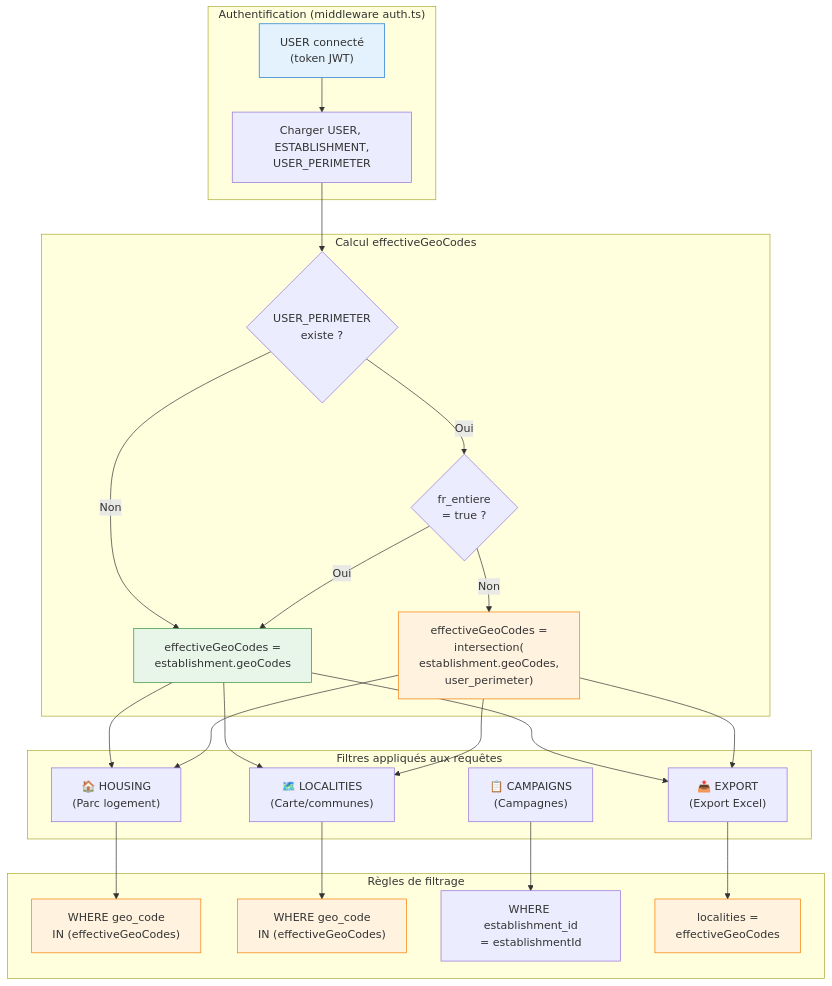
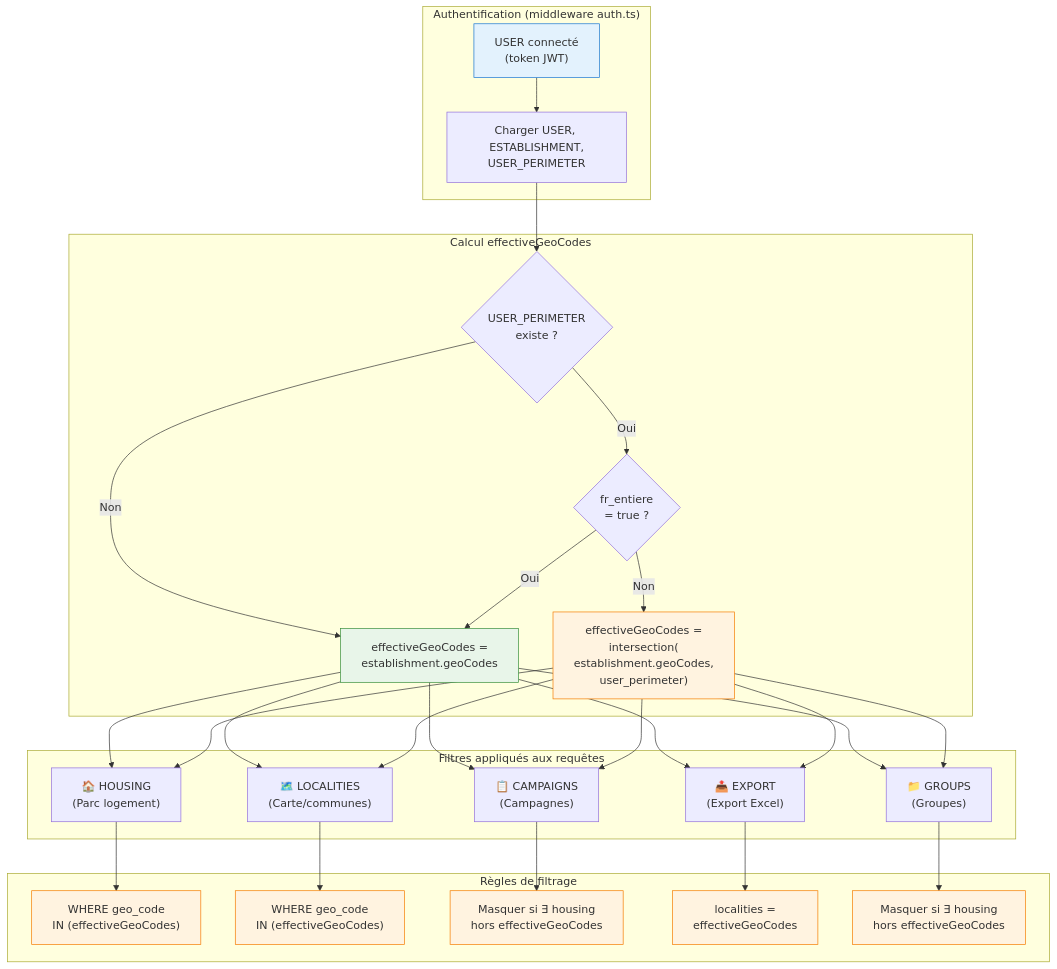
Before and after one commit to MTES-MCT/zero-logement-vacant: the fourth of 4 diagrams in docs/portail-df-decision-tree.md, drawn with Mermaid. The commit also changed other lines of this file and 5 other files, not shown here.

````diff
--- a/docs/portail-df-decision-tree.md
+++ b/docs/portail-df-decision-tree.md
@@ -307,56 +307,66 @@
 ```mermaid
 flowchart TD
     subgraph AUTH["Authentification (middleware auth.ts)"]
         U1["USER connecté<br/>(token JWT)"]
         U2["Charger USER, ESTABLISHMENT,<br/>USER_PERIMETER"]
     end
 
     subgraph COMPUTE["Calcul effectiveGeoCodes"]
         C1{"USER_PERIMETER<br/>existe ?"}
         C2{"fr_entiere<br/>= true ?"}
         C3["effectiveGeoCodes =<br/>establishment.geoCodes"]
         C4["effectiveGeoCodes =<br/>intersection(<br/>establishment.geoCodes,<br/>user_perimeter)"]
     end
 
     subgraph FILTERS["Filtres appliqués aux requêtes"]
         F1["🏠 HOUSING<br/>(Parc logement)"]
         F2["🗺️ LOCALITIES<br/>(Carte/communes)"]
         F3["📋 CAMPAIGNS<br/>(Campagnes)"]
         F4["📤 EXPORT<br/>(Export Excel)"]
+        F5["📁 GROUPS<br/>(Groupes)"]
     end
 
     subgraph RULES["Règles de filtrage"]
         R1["WHERE geo_code<br/>IN (effectiveGeoCodes)"]
         R2["WHERE geo_code<br/>IN (effectiveGeoCodes)"]
-        R3["WHERE establishment_id<br/>= establishmentId"]
+        R3["Masquer si ∃ housing<br/>hors effectiveGeoCodes"]
         R4["localities =<br/>effectiveGeoCodes"]
+        R5["Masquer si ∃ housing<br/>hors effectiveGeoCodes"]
     end
 
     U1 --> U2
     U2 --> C1
     C1 -->|Non| C3
     C1 -->|Oui| C2
     C2 -->|Oui| C3
     C2 -->|Non| C4
 
     C3 --> F1
     C4 --> F1
     F1 --> R1
 
     C3 --> F2
     C4 --> F2
     F2 --> R2
 
     C3 --> F4
     C4 --> F4
     F4 --> R4
 
+    C3 --> F3
+    C4 --> F3
     F3 --> R3
+
+    C3 --> F5
+    C4 --> F5
+    F5 --> R5
 
     style U1 fill:#e3f2fd,stroke:#1976d2
     style C3 fill:#e8f5e9,stroke:#388e3c
     style C4 fill:#fff3e0,stroke:#f57c00
     style R1 fill:#fff3e0,stroke:#f57c00
     style R2 fill:#fff3e0,stroke:#f57c00
+    style R3 fill:#fff3e0,stroke:#f57c00
     style R4 fill:#fff3e0,stroke:#f57c00
+    style R5 fill:#fff3e0,stroke:#f57c00
 ```
````
